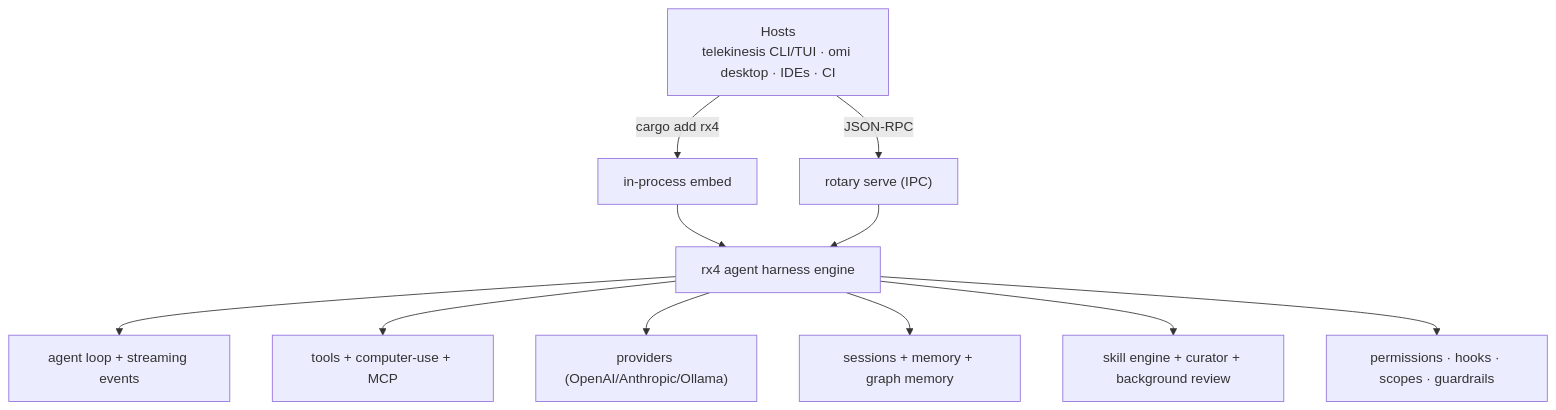
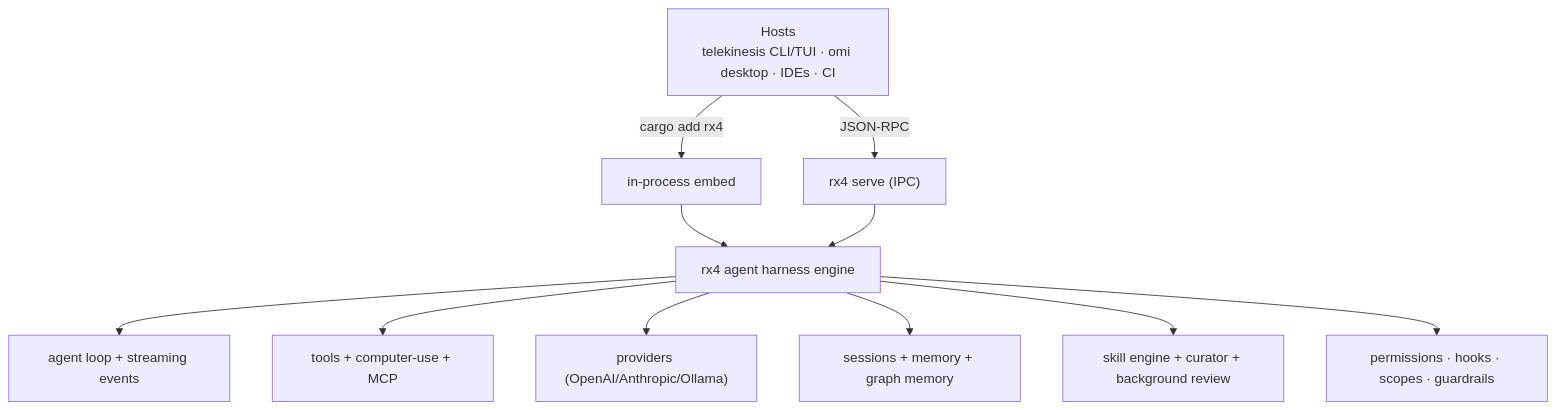
Before and after one commit to tschk/rotary: the first of 3 diagrams in README.md, drawn with Mermaid. The commit also changed other lines of this file and 3 other files, not shown here.

````diff
--- a/README.md
+++ b/README.md
@@ -16,14 +16,14 @@
 ```mermaid
 graph TD
   Host["Hosts<br/>telekinesis CLI/TUI · omi desktop · IDEs · CI"]
   Host -->|cargo add rx4| Embed["in-process embed"]
-  Host -->|JSON-RPC| Serve["rotary serve (IPC)"]
+  Host -->|JSON-RPC| Serve["rx4 serve (IPC)"]
   Embed --> Engine["rx4 agent harness engine"]
   Serve --> Engine
   Engine --> Loop["agent loop + streaming events"]
   Engine --> Tools["tools + computer-use + MCP"]
   Engine --> Prov["providers (OpenAI/Anthropic/Ollama)"]
   Engine --> Sess["sessions + memory + graph memory"]
   Engine --> Skills["skill engine + curator + background review"]
   Engine --> Ctrl["permissions · hooks · scopes · guardrails"]
 ```
````
